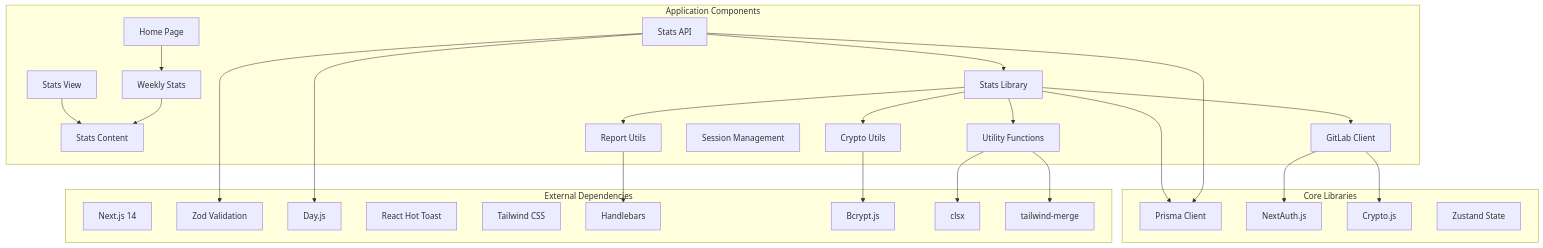
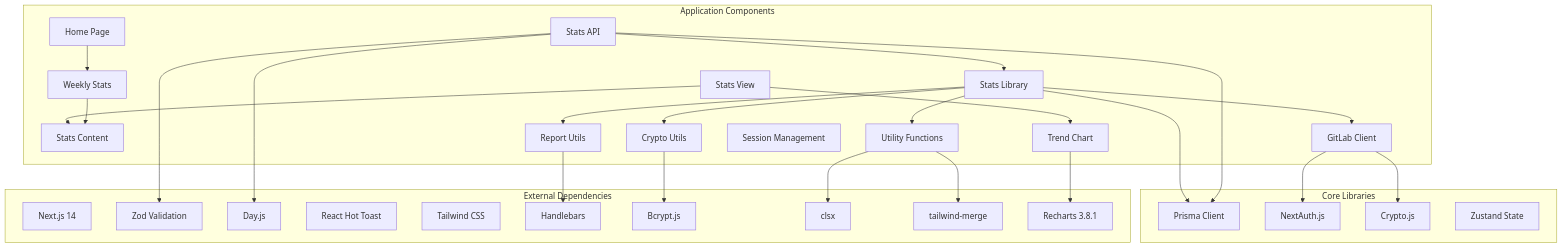
The ninth of 9 diagrams in .qoder/repowiki/en/content/Frontend Components/Commit Statistics Dashboard.md (jrj444/git-daily), drawn with Mermaid before and after one commit. The commit also changed other lines of this file and 16 other files, not shown here.

````diff
--- a/.qoder/repowiki/en/content/Frontend Components/Commit Statistics Dashboard.md
+++ b/.qoder/repowiki/en/content/Frontend Components/Commit Statistics Dashboard.md
@@ -449,51 +584,55 @@
 ```mermaid
 graph TB
 subgraph "External Dependencies"
 NextJS[Next.js 14]
 Zod[Zod Validation]
 DayJS[Day.js]
 ReactHotToast[React Hot Toast]
 TailwindCSS[Tailwind CSS]
 Handlebars[Handlebars]
 Bcrypt[Bcrypt.js]
 clsx[clsx]
 tailwind-merge[tailwind-merge]
+Recharts[Recharts 3.8.1]
 end
 subgraph "Core Libraries"
 Prisma[Prisma Client]
 NextAuth[NextAuth.js]
 CryptoJS[Crypto.js]
 Zustand[Zustand State]
 end
 subgraph "Application Components"
 HomePage[Home Page]
 StatsView[Stats View]
 StatsContent[Stats Content]
+TrendChart[Trend Chart]
 WeeklyStats[Weekly Stats]
 StatsAPI[Stats API]
 StatsLib[Stats Library]
 GitLabClient[GitLab Client]
 ReportUtils[Report Utils]
 CryptoUtils[Crypto Utils]
 SessionLib[Session Management]
 UtilsLib[Utility Functions]
 end
 HomePage --> WeeklyStats
 WeeklyStats --> StatsContent
 StatsView --> StatsContent
+StatsView --> TrendChart
 StatsAPI --> Zod
 StatsAPI --> DayJS
 StatsAPI --> Prisma
 StatsAPI --> StatsLib
 StatsLib --> UtilsLib
 StatsLib --> GitLabClient
 StatsLib --> ReportUtils
 StatsLib --> CryptoUtils
 StatsLib --> Prisma
 GitLabClient --> NextAuth
 GitLabClient --> CryptoJS
 ReportUtils --> Handlebars
 CryptoUtils --> Bcrypt
 UtilsLib --> clsx
 UtilsLib --> tailwind-merge
+TrendChart --> Recharts
 ```
````
